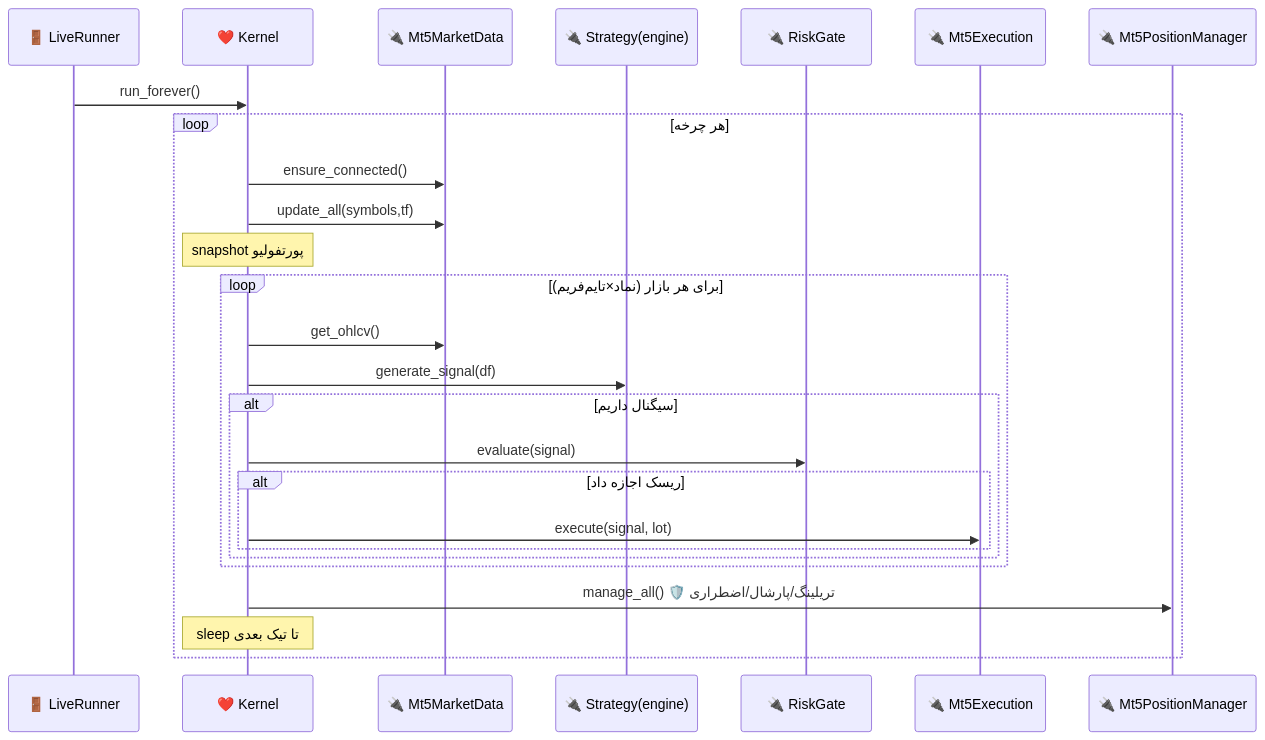
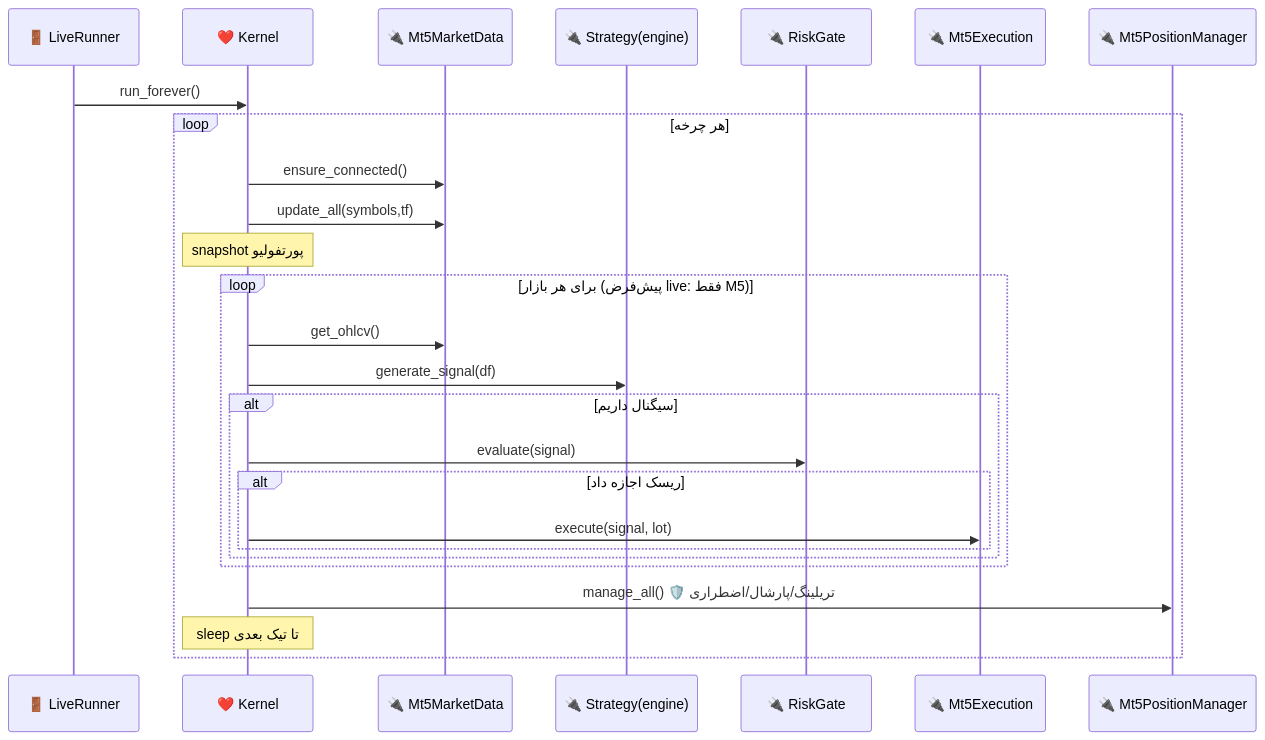
One commit to arasto007/trading-bot changed the third of 9 diagrams in docs/WHITEBOARD_FA.md. Above: the diagram before and after it, drawn with Mermaid. The commit also changed other lines of this file and 171 other files, not shown here.

````diff
--- a/docs/WHITEBOARD_FA.md
+++ b/docs/WHITEBOARD_FA.md
@@ -182,29 +186,29 @@
 ```mermaid
 sequenceDiagram
     participant R as 🚪 LiveRunner
     participant K as ❤️ Kernel
     participant MD as 🔌 Mt5MarketData
     participant ST as 🔌 Strategy(engine)
     participant RK as 🔌 RiskGate
     participant EX as 🔌 Mt5Execution
     participant PM as 🔌 Mt5PositionManager
 
     R->>K: run_forever()
     loop هر چرخه
         K->>MD: ensure_connected()
         K->>MD: update_all(symbols,tf)
         Note over K: snapshot پورتفولیو
-        loop برای هر بازار (نماد×تایم‌فریم)
+        loop برای هر بازار (پیش‌فرض live: فقط M5)
             K->>MD: get_ohlcv()
             K->>ST: generate_signal(df)
             alt سیگنال داریم
                 K->>RK: evaluate(signal)
                 alt ریسک اجازه داد
                     K->>EX: execute(signal, lot)
                 end
             end
         end
         K->>PM: manage_all() 🛡️ تریلینگ/پارشال/اضطراری
         Note over K: sleep تا تیک بعدی
     end
 ```
````
